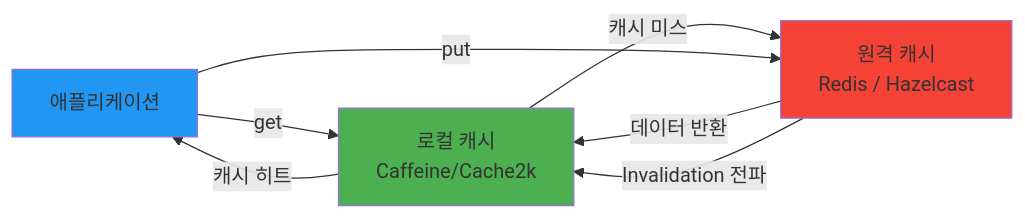
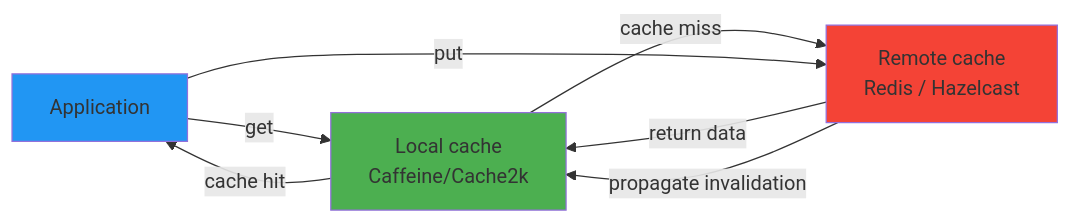
One commit to bluetape4k/bluetape4k-projects changed the third of 3 diagrams in infra/cache/README.md. Above: the diagram before and after it, drawn with Mermaid. The commit also changed other lines of this file and 265 other files, not shown here.

````diff
--- a/infra/cache/README.md
+++ b/infra/cache/README.md
@@ -185,13 +187,13 @@
 ```mermaid
 flowchart LR
-    App[애플리케이션] -->|get| LocalCache[로컬 캐시<br/>Caffeine/Cache2k]
-    LocalCache -->|캐시 히트| App
-    LocalCache -->|캐시 미스| RemoteCache[원격 캐시<br/>Redis / Hazelcast]
-    RemoteCache -->|데이터 반환| LocalCache
+    App[Application] -->|get| LocalCache[Local cache<br/>Caffeine/Cache2k]
+    LocalCache -->|cache hit| App
+    LocalCache -->|cache miss| RemoteCache[Remote cache<br/>Redis / Hazelcast]
+    RemoteCache -->|return data| LocalCache
     App -->|put| RemoteCache
-    RemoteCache -->|Invalidation 전파| LocalCache
+    RemoteCache -->|propagate invalidation| LocalCache
 
     style LocalCache fill:#4CAF50
     style RemoteCache fill:#F44336
     style App fill:#2196F3
 ```
````
